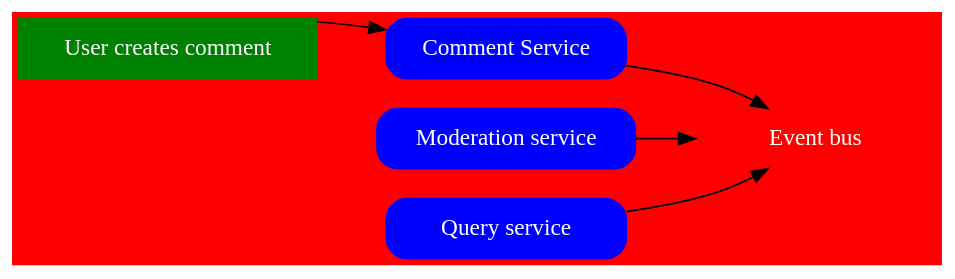
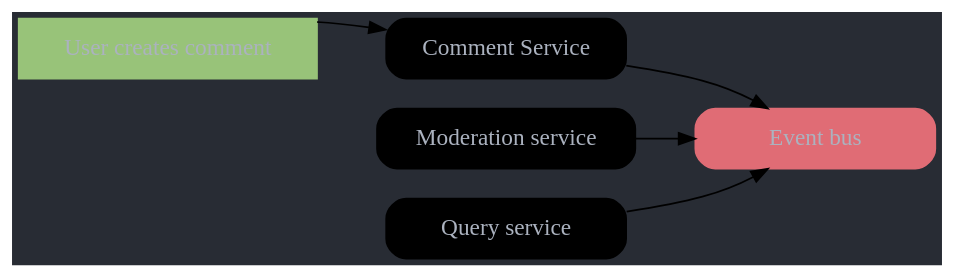
Before and after one commit to JJFrampton/courses-udemy-microservices-example: the diagram in docs/graphs/using-m4-preprocessor/flow-curved.dot, drawn with Graphviz. The commit also changed 3 other files, not shown here.

First line of the commit message:
dot graph using m4 preprocessor

```diff
--- a/docs/graphs/using-m4-preprocessor/flow-curved.dot
+++ b/docs/graphs/using-m4-preprocessor/flow-curved.dot
@@ -1,18 +1,26 @@
 // Example run command
 // $ dot -Tpng <dot file> -o <png output>
+
+// onedark color palette
+
+
+
+
+
+
 
 
 
 digraph {
   rankdir=LR; // Left to right graph
   splines="curved";
-  bgcolor=red;
-  node [ fontcolor=white, width=2, shape=box, style="rounded,filled", color=blue ];
-  "User creates comment" [ color=green, style=filled ];
+  bgcolor="#282c34";
+  node [ fontcolor="#ABB2BF", width=2, shape=box, style="rounded,filled", color=color_blue ];
+  "User creates comment" [ color="#98C379", style=filled ];
   "User creates comment" -> "Comment Service";
-  "Event bus" [ color=red ];
+  "Event bus" [ color="#E06C75" ];
   "Comment Service" -> "Event bus";
   "Event bus" -> "Moderation service";
   "Event bus" -> "Query service";
   { rank=same; "Comment Service", "Moderation service", "Query service" }
 }
```
